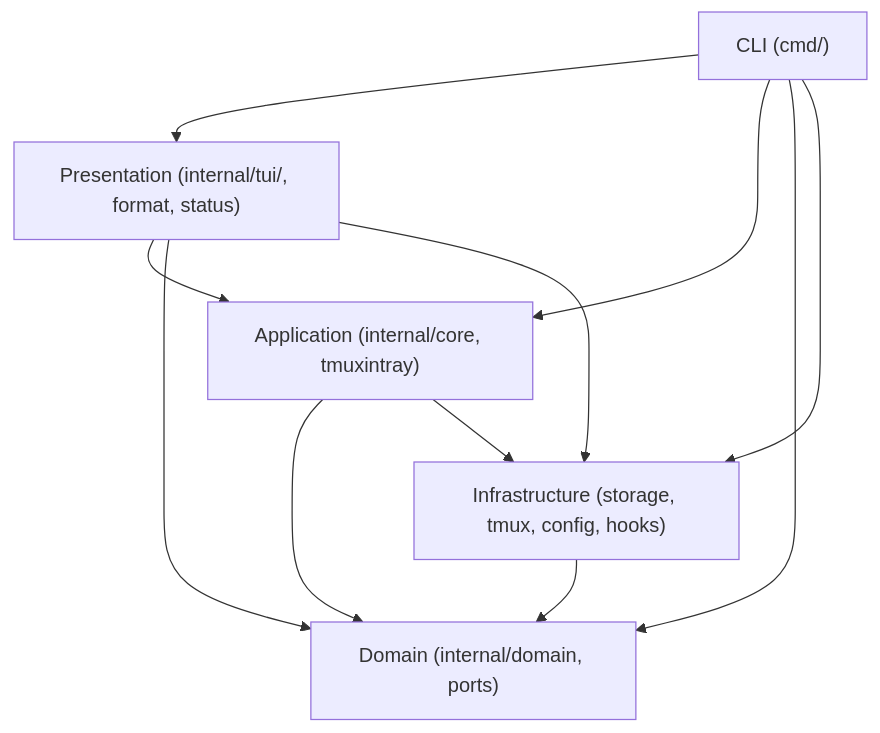
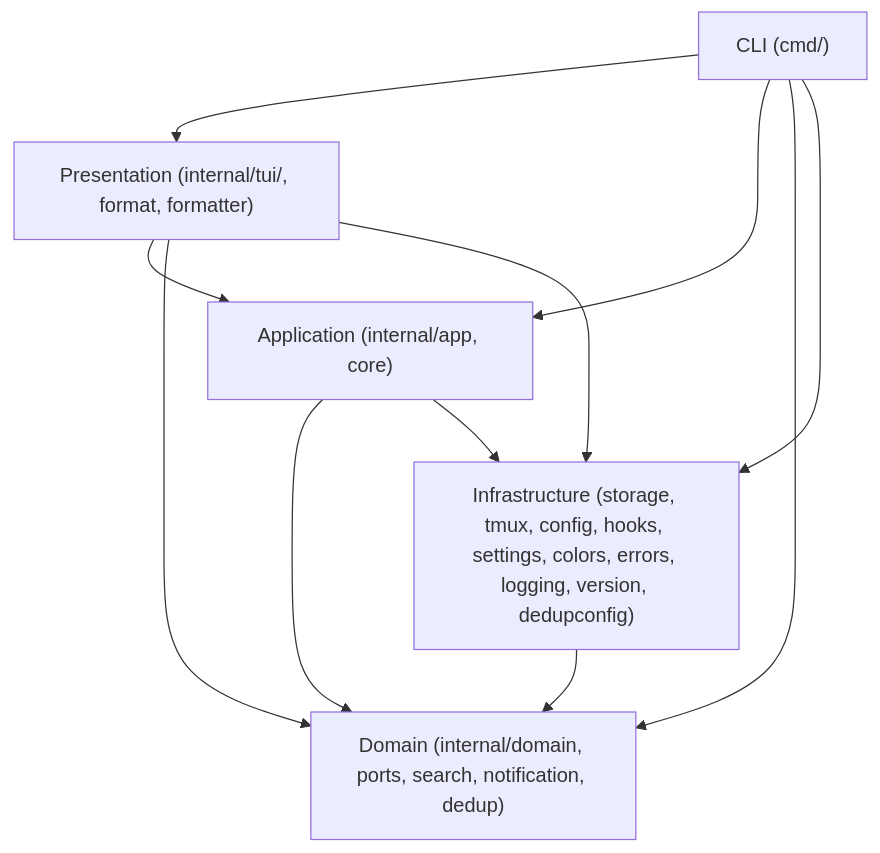
The diagram in docs/design/import-layering-map.md (cristianoliveira/tmux-intray), drawn with Mermaid before and after one commit. The commit also changed other lines of this file and 5 other files, not shown here.

First line of the commit message:
docs: update package structure and architecture docs (#409)

````diff
--- a/docs/design/import-layering-map.md
+++ b/docs/design/import-layering-map.md
@@ -8,19 +8,19 @@
 ```mermaid
 graph TD
     CLI["CLI (cmd/)"]
-    Presentation["Presentation (internal/tui/, format, status)"]
-    Application["Application (internal/core, tmuxintray)"]
-    Domain["Domain (internal/domain, ports)"]
-    Infrastructure["Infrastructure (storage, tmux, config, hooks)"]
+    Presentation["Presentation (internal/tui/, format, formatter)"]
+    Application["Application (internal/app, core)"]
+    Domain["Domain (internal/domain, ports, search, notification, dedup)"]
+    Infrastructure["Infrastructure (storage, tmux, config, hooks, settings, colors, errors, logging, version, dedupconfig)"]
 
     CLI --> Presentation
     CLI --> Application
     CLI --> Domain
     CLI --> Infrastructure
     Presentation --> Application
     Presentation --> Domain
     Presentation --> Infrastructure
     Application --> Domain
     Application --> Infrastructure
     Infrastructure --> Domain
 ```
````
